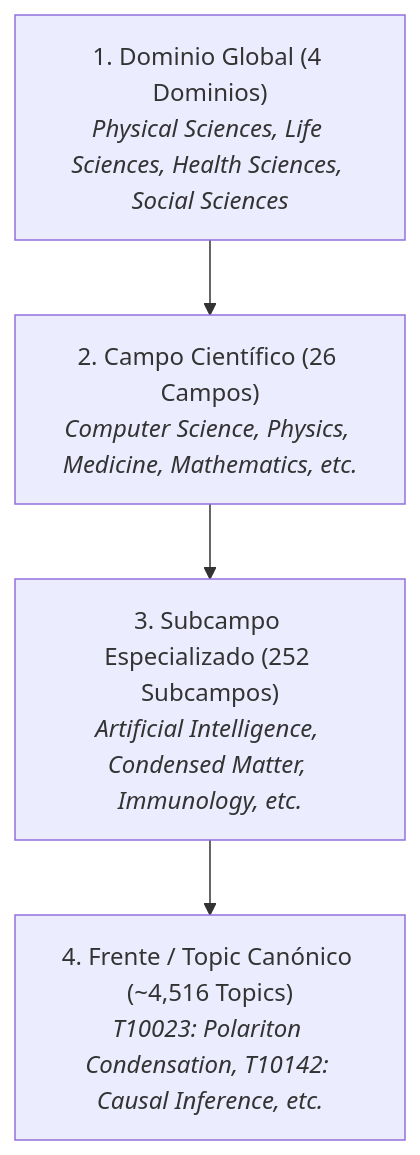
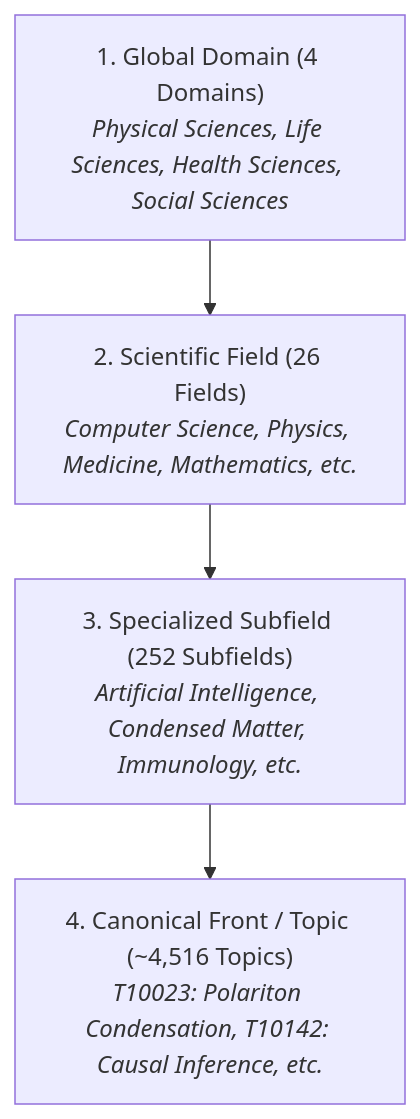
The diagram in .agents/skills/topics-research-fronts-intelligence/references/openalex_cwts_topics_taxonomy.md (chilti/sos-mcp-services), drawn with Mermaid before and after one commit. The commit also changed other lines of this file and 129 other files, not shown here.

````diff
--- a/.agents/skills/topics-research-fronts-intelligence/references/openalex_cwts_topics_taxonomy.md
+++ b/.agents/skills/topics-research-fronts-intelligence/references/openalex_cwts_topics_taxonomy.md
@@ -28,11 +28,11 @@
 ```mermaid
 graph TD
-    Domain["1. Dominio Global (4 Dominios)<br><i>Physical Sciences, Life Sciences, Health Sciences, Social Sciences</i>"]
-    Field["2. Campo Científico (26 Campos)<br><i>Computer Science, Physics, Medicine, Mathematics, etc.</i>"]
-    Subfield["3. Subcampo Especializado (252 Subcampos)<br><i>Artificial Intelligence, Condensed Matter, Immunology, etc.</i>"]
-    Topic["4. Frente / Topic Canónico (~4,516 Topics)<br><i>T10023: Polariton Condensation, T10142: Causal Inference, etc.</i>"]
+    Domain["1. Global Domain (4 Domains)<br><i>Physical Sciences, Life Sciences, Health Sciences, Social Sciences</i>"]
+    Field["2. Scientific Field (26 Fields)<br><i>Computer Science, Physics, Medicine, Mathematics, etc.</i>"]
+    Subfield["3. Specialized Subfield (252 Subfields)<br><i>Artificial Intelligence, Condensed Matter, Immunology, etc.</i>"]
+    Topic["4. Canonical Front / Topic (~4,516 Topics)<br><i>T10023: Polariton Condensation, T10142: Causal Inference, etc.</i>"]
 
     Domain --> Field
     Field --> Subfield
     Subfield --> Topic
 ```
````
